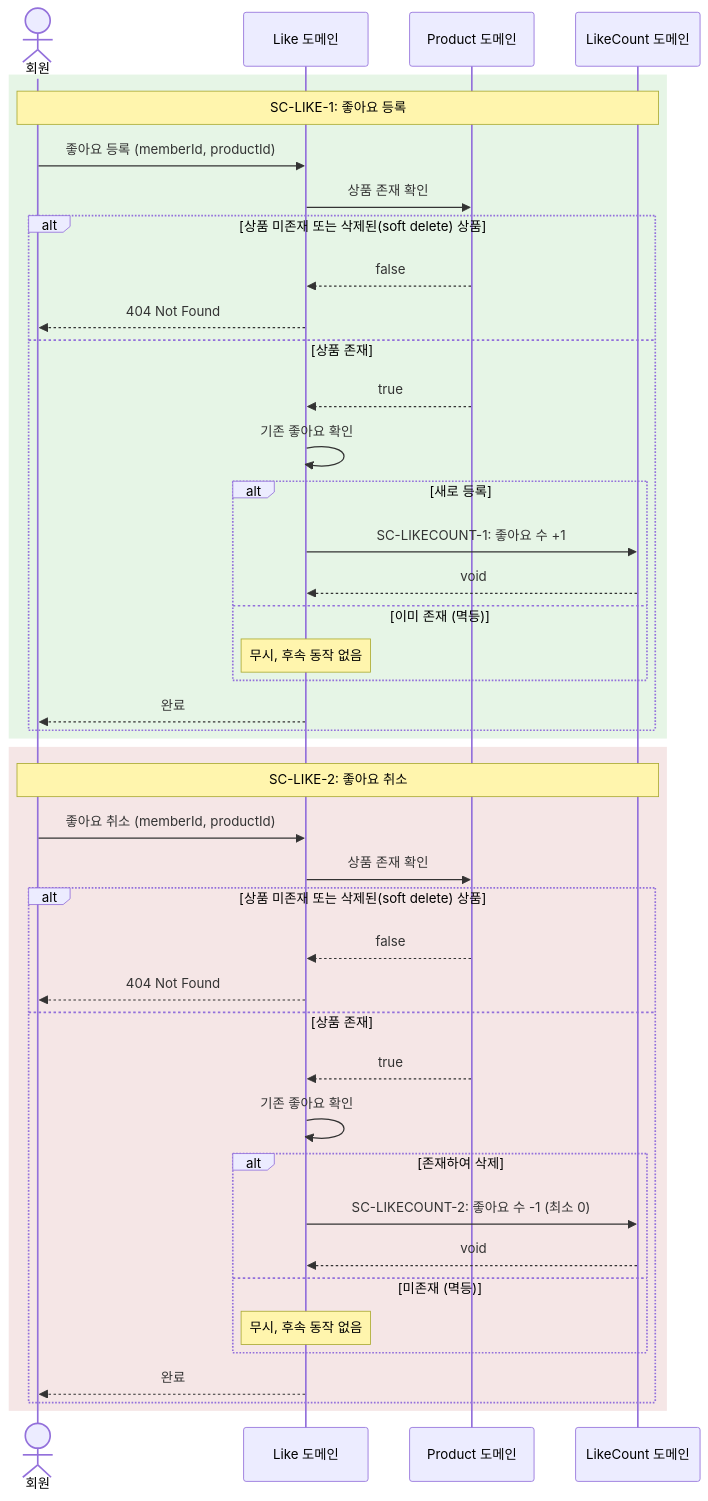
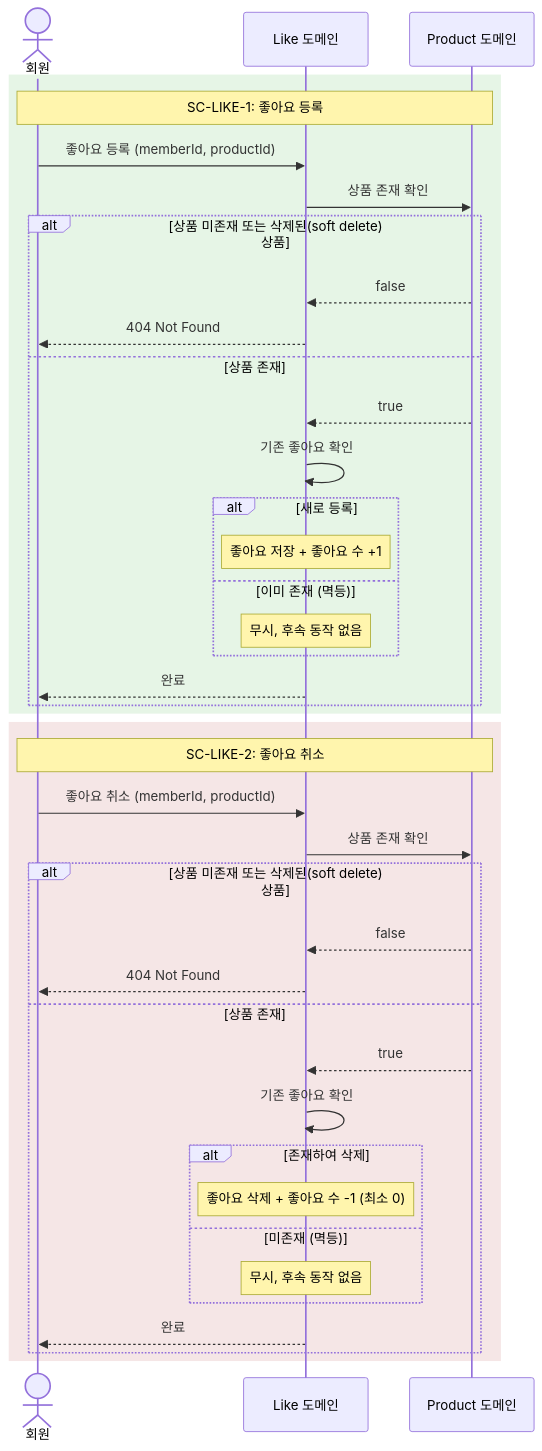
One commit to loopers-labs/loop-pack-be-l2-vol4-kotlin changed the fifth of 38 diagrams in docs/02-sequence-diagrams.md. Above: the diagram before and after it, drawn with Mermaid. The commit also changed other lines of this file and 3 other files, not shown here.

````diff
--- a/docs/02-sequence-diagrams.md
+++ b/docs/02-sequence-diagrams.md
@@ -124,47 +117,44 @@
 ```mermaid
 sequenceDiagram
     actor Member as 회원
     participant Like as Like 도메인
     participant Product as Product 도메인
-    participant LikeCount as LikeCount 도메인
 
     rect rgb(230, 245, 230)
-        Note over Member,LikeCount: SC-LIKE-1: 좋아요 등록
+        Note over Member,Product: SC-LIKE-1: 좋아요 등록
         Member->>Like: 좋아요 등록 (memberId, productId)
         Like->>Product: 상품 존재 확인
         alt 상품 미존재 또는 삭제된(soft delete) 상품
             Product-->>Like: false
             Like-->>Member: 404 Not Found
         else 상품 존재
             Product-->>Like: true
             Like->>Like: 기존 좋아요 확인
             alt 새로 등록
-                Like->>LikeCount: SC-LIKECOUNT-1: 좋아요 수 +1
-                LikeCount-->>Like: void
+                Note over Like: 좋아요 저장 + 좋아요 수 +1
             else 이미 존재 (멱등)
                 Note over Like: 무시, 후속 동작 없음
             end
             Like-->>Member: 완료
         end
     end
 
     rect rgb(245, 230, 230)
-        Note over Member,LikeCount: SC-LIKE-2: 좋아요 취소
+        Note over Member,Product: SC-LIKE-2: 좋아요 취소
         Member->>Like: 좋아요 취소 (memberId, productId)
         Like->>Product: 상품 존재 확인
         alt 상품 미존재 또는 삭제된(soft delete) 상품
             Product-->>Like: false
             Like-->>Member: 404 Not Found
         else 상품 존재
             Product-->>Like: true
             Like->>Like: 기존 좋아요 확인
             alt 존재하여 삭제
-                Like->>LikeCount: SC-LIKECOUNT-2: 좋아요 수 -1 (최소 0)
-                LikeCount-->>Like: void
+                Note over Like: 좋아요 삭제 + 좋아요 수 -1 (최소 0)
             else 미존재 (멱등)
                 Note over Like: 무시, 후속 동작 없음
             end
             Like-->>Member: 완료
         end
     end
 ```
````
